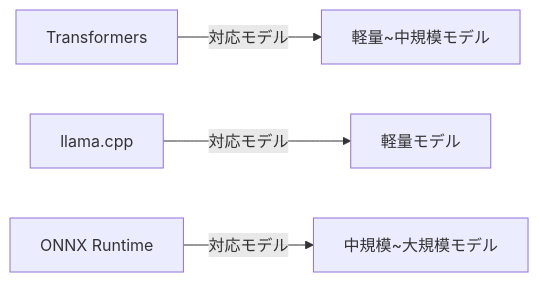
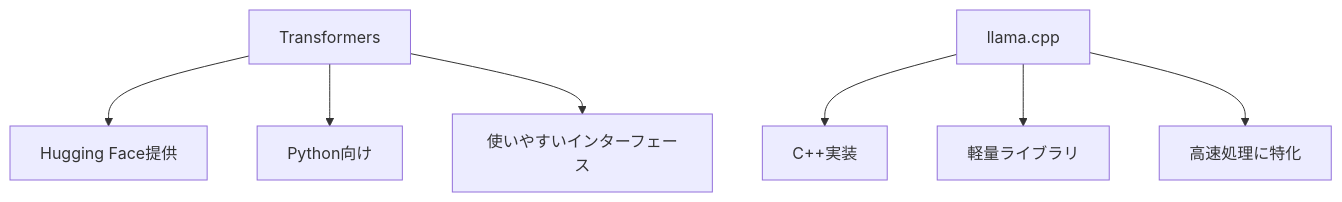
One commit to SparklingDetergent/doc_genai_About_the_local_LLM_operating_environment changed the seventh of 12 diagrams in README.md. Above: the diagram before and after it, drawn with Mermaid. The commit also changed other lines of this file, not shown here.

````diff
--- a/README.md
+++ b/README.md
@@ -166,6 +163,14 @@
 ```mermaid
-graph LR
-    A[Transformers] -->|対応モデル| B[軽量~中規模モデル]
-    C[llama.cpp] -->|対応モデル| D[軽量モデル]
-    E[ONNX Runtime] -->|対応モデル| F[中規模~大規模モデル]
+graph TD
+    B[Transformers]
+    C[llama.cpp]
+    
+    B --> B1[Hugging Face提供]
+    B --> B2[Python向け]
+    B --> B3[使いやすいインターフェース]
+    
+    C --> C1[C++実装]
+    C --> C2[軽量ライブラリ]
+    C --> C3[高速処理に特化]
+    
 ```
````
